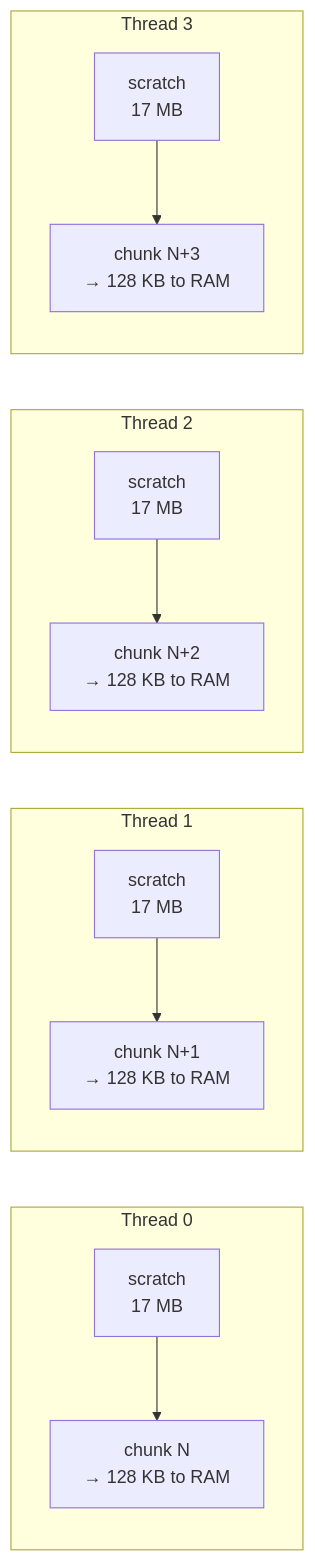
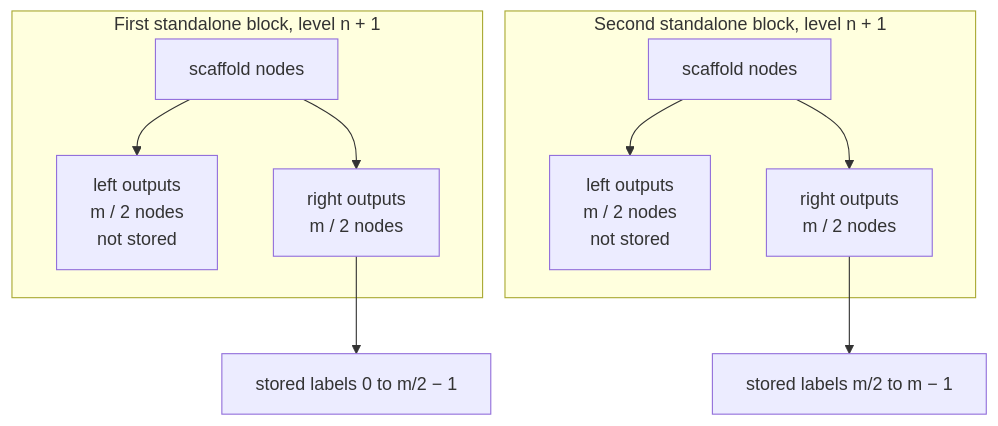
Before and after one commit to Amodo-Design/PoSE-Memory-Wiping: the fourth of 4 diagrams in docs/labeling-explained.md, drawn with Mermaid. The commit also changed other lines of this file and 276 other files, not shown here.

````diff
--- a/docs/labeling-explained.md
+++ b/docs/labeling-explained.md
@@ -256,15 +268,13 @@
 ```mermaid
-flowchart LR
-    subgraph Thread 0
-        SC0["scratch\n17 MB"] --> CK0["chunk N\n→ 128 KB to RAM"]
+flowchart TB
+    subgraph C1["First standalone block, level n + 1"]
+        L1["scaffold nodes"] --> LO["left outputs<br/>m / 2 nodes<br/>not stored"]
+        L1 --> RO["right outputs<br/>m / 2 nodes"]
     end
-    subgraph Thread 1
-        SC1["scratch\n17 MB"] --> CK1["chunk N+1\n→ 128 KB to RAM"]
+    subgraph C2["Second standalone block, level n + 1"]
+        L2["scaffold nodes"] --> LO2["left outputs<br/>m / 2 nodes<br/>not stored"]
+        L2 --> RO2["right outputs<br/>m / 2 nodes"]
     end
-    subgraph Thread 2
-        SC2["scratch\n17 MB"] --> CK2["chunk N+2\n→ 128 KB to RAM"]
-    end
-    subgraph Thread 3
-        SC3["scratch\n17 MB"] --> CK3["chunk N+3\n→ 128 KB to RAM"]
-    end
+    RO --> ST["stored labels 0 to m/2 − 1"]
+    RO2 --> ST2["stored labels m/2 to m − 1"]
 ```
````
